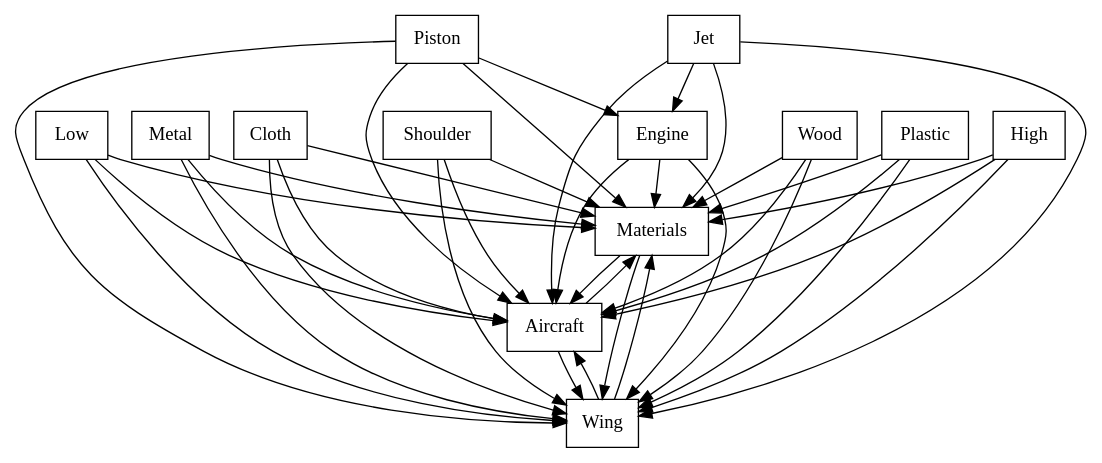
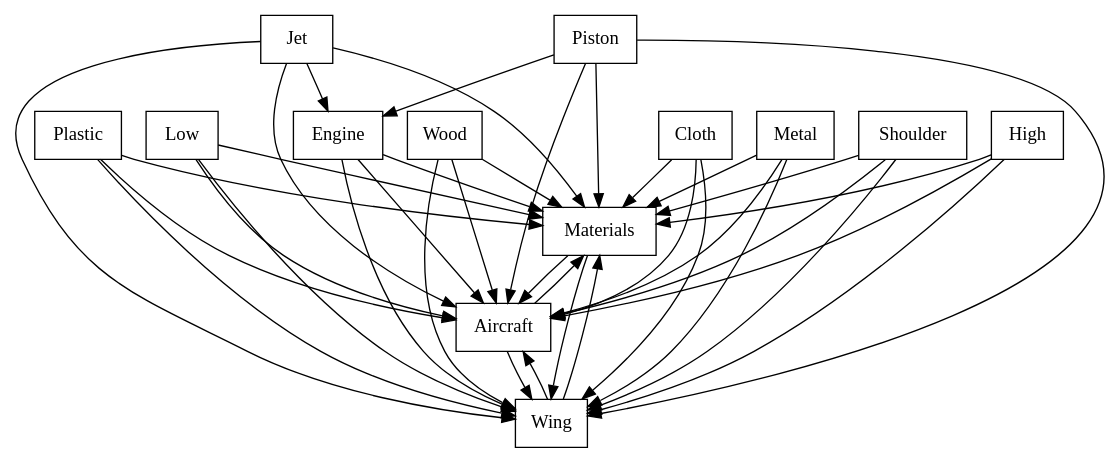
Before and after one commit to FAMILIAR-project/familiar-language: the diagram in FAMILIAR/output/SPLOT-big/fm_1_aircraft_fm.xml.dot, drawn with Graphviz. The commit also changed 110 other files, not shown here.

```diff
--- a/FAMILIAR/output/SPLOT-big/fm_1_aircraft_fm.xml.dot
+++ b/FAMILIAR/output/SPLOT-big/fm_1_aircraft_fm.xml.dot
@@ -1,56 +1,56 @@
 digraph{
 graph [rankdir=TB];
 node [shape=box];
 edge [arrowhead=normal];
 0[label="Low",]
-1[label="Cloth",]
-2[label="Materials",]
-3[label="Metal",]
-4[label="Aircraft",]
-5[label="Shoulder",]
-6[label="Piston",]
-7[label="Wood",]
-8[label="Jet",]
-9[label="Plastic",]
-10[label="High",]
-11[label="Wing",]
-12[label="Engine",]
-0->2[label="",]
-0->4[label="",]
-0->11[label="",]
-1->2[label="",]
-1->4[label="",]
-1->11[label="",]
-2->4[label="",]
-2->11[label="",]
-3->2[label="",]
-3->4[label="",]
-3->11[label="",]
-4->2[label="",]
-4->11[label="",]
-5->2[label="",]
-5->4[label="",]
-5->11[label="",]
-6->2[label="",]
-6->4[label="",]
-6->11[label="",]
+1[label="Materials",]
+2[label="Piston",]
+3[label="Wood",]
+4[label="Jet",]
+5[label="Plastic",]
+6[label="Engine",]
+7[label="Cloth",]
+8[label="Metal",]
+9[label="Aircraft",]
+10[label="Shoulder",]
+11[label="High",]
+12[label="Wing",]
+0->1[label="",]
+0->9[label="",]
+0->12[label="",]
+1->9[label="",]
+1->12[label="",]
+2->1[label="",]
+2->6[label="",]
+2->9[label="",]
+2->12[label="",]
+3->1[label="",]
+3->9[label="",]
+3->12[label="",]
+4->1[label="",]
+4->6[label="",]
+4->9[label="",]
+4->12[label="",]
+5->1[label="",]
+5->9[label="",]
+5->12[label="",]
+6->1[label="",]
+6->9[label="",]
 6->12[label="",]
-7->2[label="",]
-7->4[label="",]
-7->11[label="",]
-8->2[label="",]
-8->4[label="",]
-8->11[label="",]
+7->1[label="",]
+7->9[label="",]
+7->12[label="",]
+8->1[label="",]
+8->9[label="",]
 8->12[label="",]
-9->2[label="",]
-9->4[label="",]
-9->11[label="",]
-10->2[label="",]
-10->4[label="",]
-10->11[label="",]
-11->2[label="",]
-11->4[label="",]
-12->2[label="",]
-12->4[label="",]
-12->11[label="",]
+9->1[label="",]
+9->12[label="",]
+10->1[label="",]
+10->9[label="",]
+10->12[label="",]
+11->1[label="",]
+11->9[label="",]
+11->12[label="",]
+12->1[label="",]
+12->9[label="",]
 }
```
